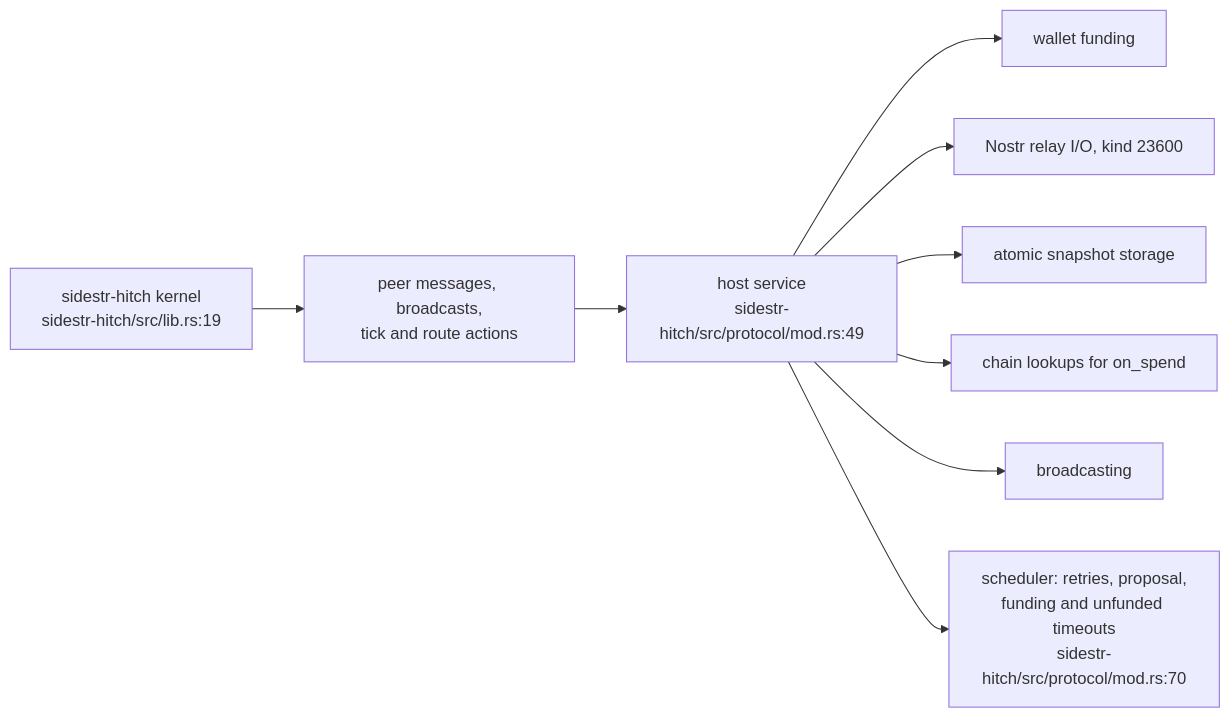
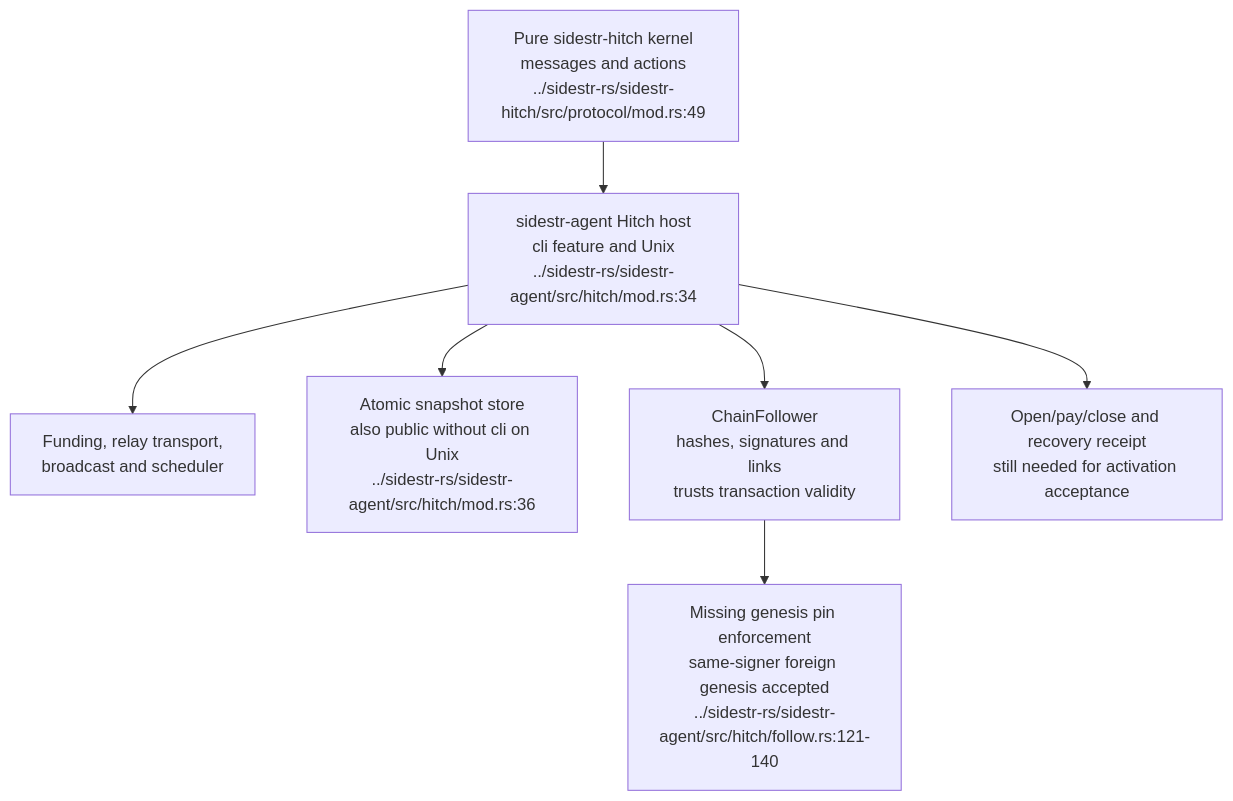
The fifth of 5 diagrams in docs/diagrams/sidestr-rs/04-hitch-channel-kernel-and-host-gap.md (DreamLab-AI/VisionFlow), drawn with Mermaid before and after one commit. The commit also changed other lines of this file and 36 other files, not shown here.

````diff
--- a/docs/diagrams/sidestr-rs/04-hitch-channel-kernel-and-host-gap.md
+++ b/docs/diagrams/sidestr-rs/04-hitch-channel-kernel-and-host-gap.md
@@ -119,11 +123,9 @@
 ```mermaid
-flowchart LR
-    K["sidestr-hitch kernel<br/>sidestr-hitch/src/lib.rs:19"] --> ACT["peer messages, broadcasts,<br/>tick and route actions"]
-    ACT --> HOST["host service<br/>sidestr-hitch/src/protocol/mod.rs:49"]
-    HOST --> WAL["wallet funding"]
-    HOST --> REL["Nostr relay I/O, kind 23600"]
-    HOST --> STO["atomic snapshot storage"]
-    HOST --> WATCH["chain lookups for on_spend"]
-    HOST --> BC["broadcasting"]
-    HOST --> SCH["scheduler: retries, proposal,<br/>funding and unfunded timeouts<br/>sidestr-hitch/src/protocol/mod.rs:70"]
+flowchart TB
+    K["Pure sidestr-hitch kernel<br/>messages and actions<br/>../sidestr-rs/sidestr-hitch/src/protocol/mod.rs:49"] --> HOST["sidestr-agent Hitch host<br/>cli feature and Unix<br/>../sidestr-rs/sidestr-agent/src/hitch/mod.rs:34"]
+    HOST --> IO["Funding, relay transport,<br/>broadcast and scheduler"]
+    HOST --> STO["Atomic snapshot store<br/>also public without cli on Unix<br/>../sidestr-rs/sidestr-agent/src/hitch/mod.rs:36"]
+    HOST --> WATCH["ChainFollower<br/>hashes, signatures and links<br/>trusts transaction validity"]
+    WATCH --> GAP["Missing genesis pin enforcement<br/>same-signer foreign genesis accepted<br/>../sidestr-rs/sidestr-agent/src/hitch/follow.rs:121-140"]
+    HOST --> GATE["Open/pay/close and recovery receipt<br/>still needed for activation acceptance"]
 ```
````
